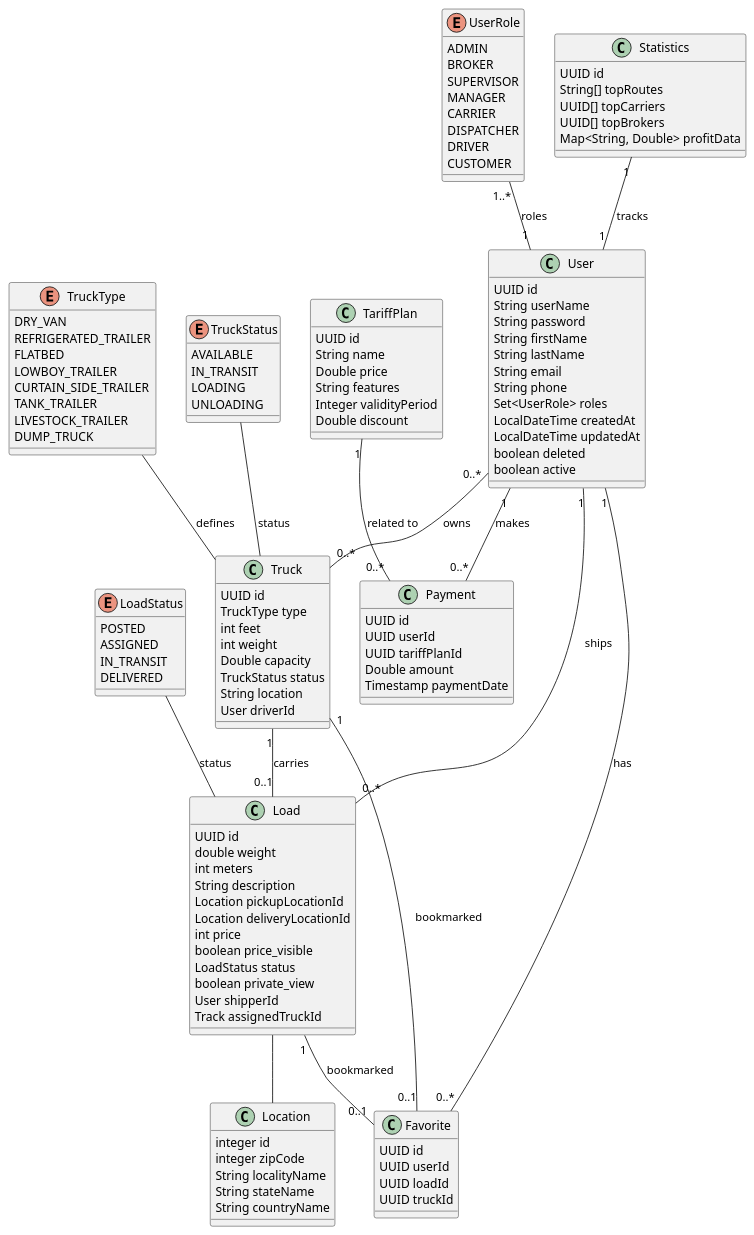
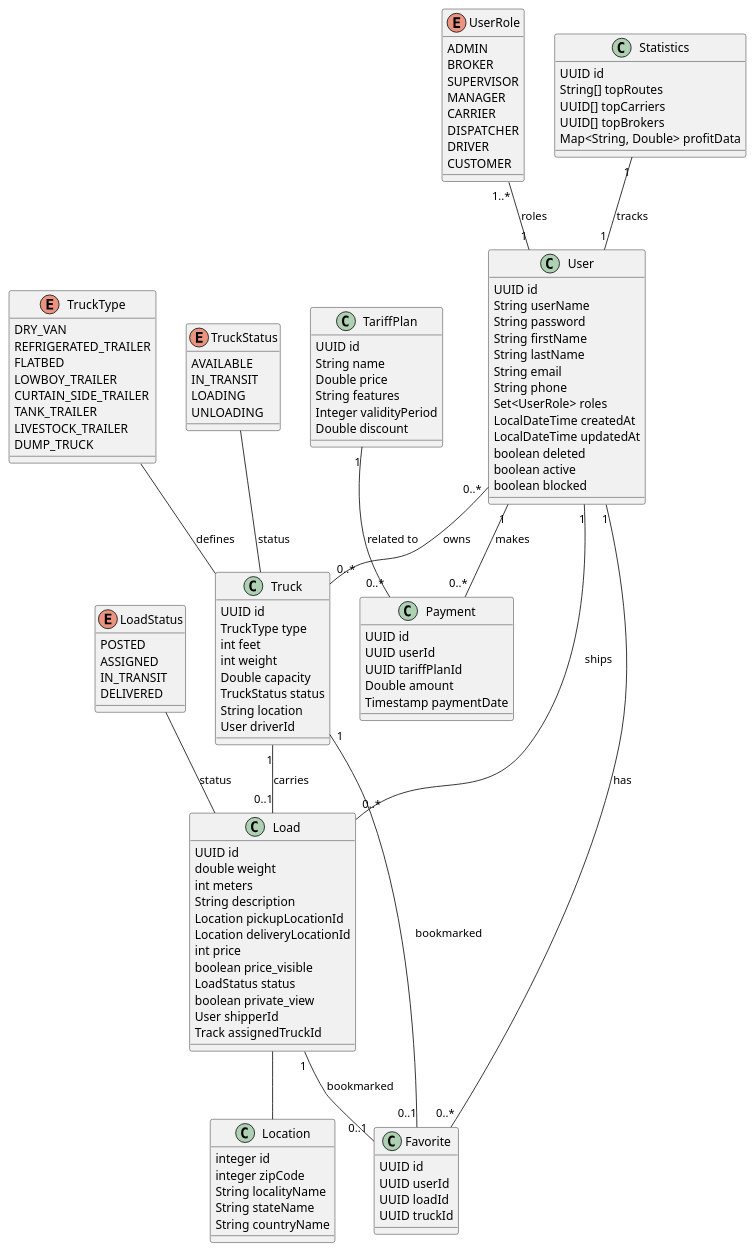
Before and after one commit to fusibleman1985/TransCom: the diagram in ClassesDiagram.puml, drawn with PlantUML.

Commit message:
add field "blocked" in class User

```diff
--- a/ClassesDiagram.puml
+++ b/ClassesDiagram.puml
@@ -1,136 +1,137 @@
 @startuml
 
 class User {
     UUID id
     String userName
     String password
     String firstName
     String lastName
     String email
     String phone
     Set<UserRole> roles
     LocalDateTime createdAt
     LocalDateTime updatedAt
     boolean deleted
     boolean active
+    boolean blocked
 }
 
 enum UserRole {
     ADMIN
     BROKER
     SUPERVISOR
     MANAGER
     CARRIER
     DISPATCHER
     DRIVER
     CUSTOMER
 }
 
 class Truck {
     UUID id
     TruckType type
     int feet
     int weight
     Double capacity
     TruckStatus status
     String location
     User driverId
 }
 
 class Load {
     UUID id
     double weight
     int meters
     String description
     Location pickupLocationId
     Location deliveryLocationId
     int price
     boolean price_visible
     LoadStatus status
     boolean private_view
     User shipperId
     Track assignedTruckId
 }
 
 class Location {
     integer id
     integer zipCode
     String localityName
     String stateName
     String countryName
 }
 
 class TariffPlan {
     UUID id
     String name
     Double price
     String features
     Integer validityPeriod
     Double discount
 }
 
 class Payment {
     UUID id
     UUID userId
     UUID tariffPlanId
     Double amount
     Timestamp paymentDate
 }
 
 class Favorite {
     UUID id
     UUID userId
     UUID loadId
     UUID truckId
 }
 
 class Statistics {
     UUID id
     String[] topRoutes
     UUID[] topCarriers
     UUID[] topBrokers
     Map<String, Double> profitData
 }
 
 enum TruckStatus {
     AVAILABLE
     IN_TRANSIT
     LOADING
     UNLOADING
 }
 
 enum LoadStatus {
     POSTED
     ASSIGNED
     IN_TRANSIT
     DELIVERED
 }
 
 enum TruckType {
     DRY_VAN
     REFRIGERATED_TRAILER
     FLATBED
     LOWBOY_TRAILER
     CURTAIN_SIDE_TRAILER
     TANK_TRAILER
     LIVESTOCK_TRAILER
     DUMP_TRUCK
 }
 
 User "0..*" -- "0..*" Truck : owns
 User "1" -- "0..*" Load : ships
 Truck "1" -- "0..1" Load : carries
 User "1" -- "0..*" Payment : makes
 TariffPlan "1" -- "0..*" Payment : related to
 User "1" -- "0..*" Favorite : has
 Load "1" -- "0..1" Favorite : bookmarked
 Load  -- Location
 Truck "1" -- "0..1" Favorite : bookmarked
 Statistics "1" -- "1" User : tracks
 
 TruckType -- Truck : defines
 LoadStatus -- Load : status
 TruckStatus -- Truck : status
 UserRole "1..*" -- "1" User : roles
 
 @enduml
```
